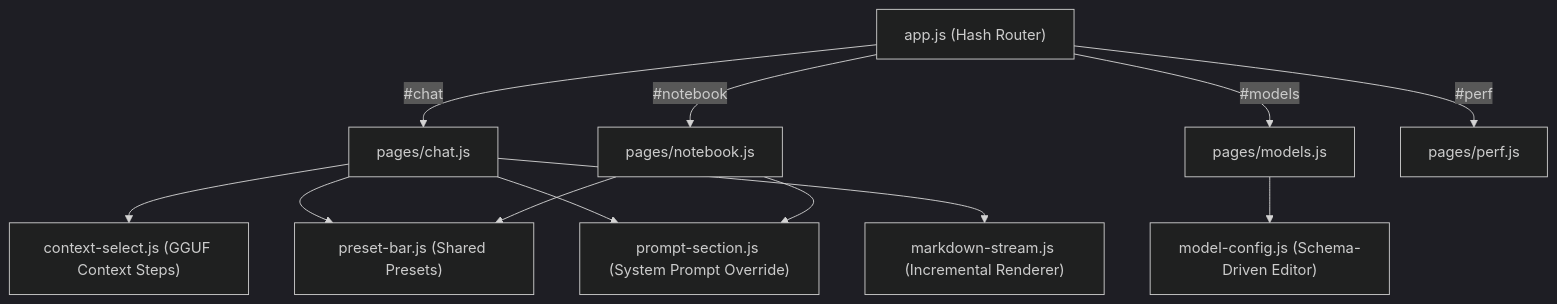
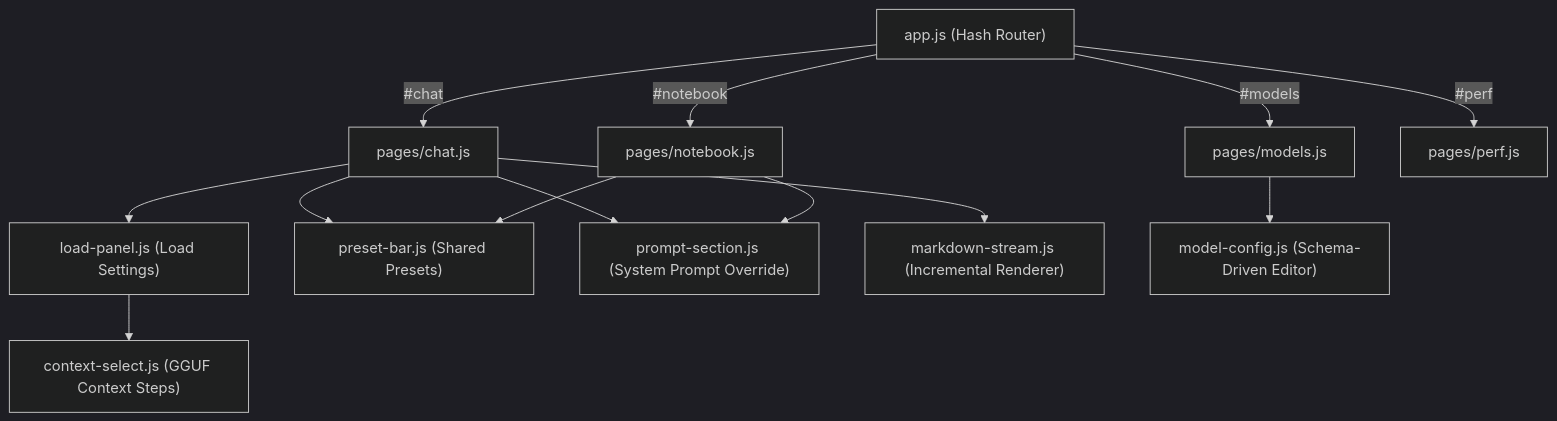
One commit to fblissjr/heylookitsanllm changed the first of 2 diagrams in docs/wiki/frontend_core.md. Above: the diagram before and after it, drawn with Mermaid (dark theme). The commit also changed 23 other files, not shown here.

First line of the commit message:
feat!: load settings -- flash_attn, a reload body, and chat's load panel (plan W1, v2.0.136)

````diff
--- a/docs/wiki/frontend_core.md
+++ b/docs/wiki/frontend_core.md
@@ -37,18 +37,19 @@
 ```mermaid
 flowchart TD
     App["app.js (Hash Router)"]
     App -->|"#chat"| Chat["pages/chat.js"]
     App -->|"#notebook"| NB["pages/notebook.js"]
     App -->|"#models"| Models["pages/models.js"]
     App -->|"#perf"| Perf["pages/perf.js"]
 
-    Chat --> CtxSelect["context-select.js (GGUF Context Steps)"]
+    Chat --> LoadPanel["load-panel.js (Load Settings)"]
+    LoadPanel --> CtxSelect["context-select.js (GGUF Context Steps)"]
     Chat --> PresetBar["preset-bar.js (Shared Presets)"]
     Chat --> PromptSec["prompt-section.js (System Prompt Override)"]
     Chat --> MStream["markdown-stream.js (Incremental Renderer)"]
     
     NB --> PresetBar
     NB --> PromptSec
     
     Models --> ModelConfig["model-config.js (Schema-Driven Editor)"]
 ```
````
